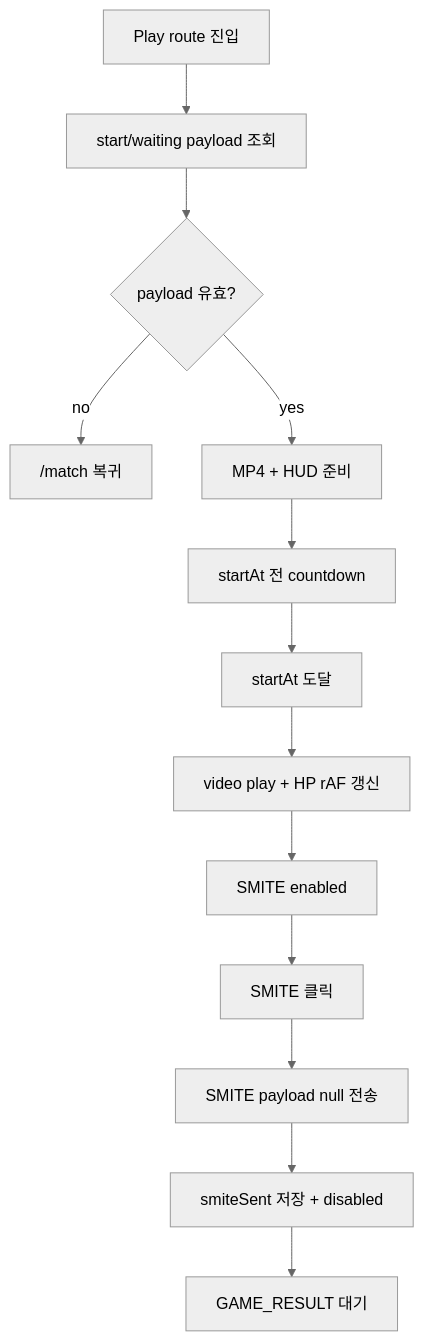
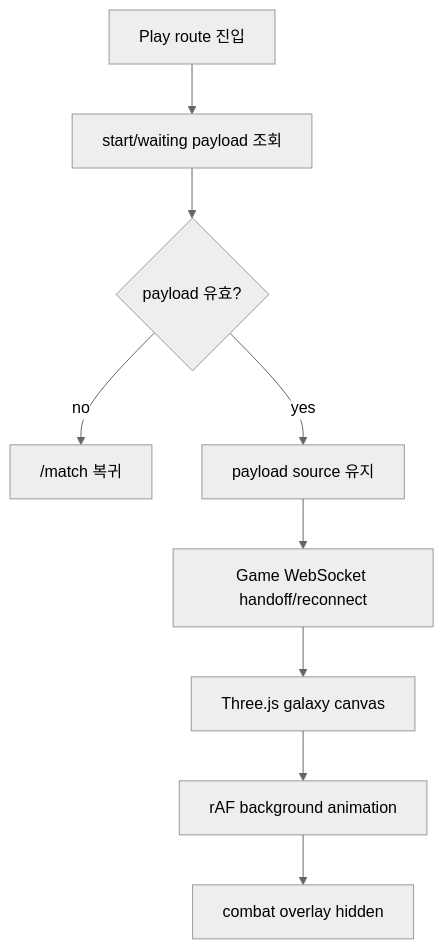
The second of 2 diagrams in docs/antigravity/frontend/issue-90-game-play-screen.md (moonwhistle/League-of-Star), drawn with Mermaid (neutral theme) before and after one commit. The commit also changed other lines of this file and 49 other files, not shown here.

````diff
--- a/docs/antigravity/frontend/issue-90-game-play-screen.md
+++ b/docs/antigravity/frontend/issue-90-game-play-screen.md
@@ -354,15 +244,11 @@
 ```mermaid
 flowchart TD
     A["Play route 진입"] --> B["start/waiting payload 조회"]
     B --> C{"payload 유효?"}
     C -->|no| D["/match 복귀"]
-    C -->|yes| E["MP4 + HUD 준비"]
-    E --> F["startAt 전 countdown"]
-    F --> G["startAt 도달"]
-    G --> H["video play + HP rAF 갱신"]
-    H --> I["SMITE enabled"]
-    I --> J["SMITE 클릭"]
-    J --> K["SMITE payload null 전송"]
-    K --> L["smiteSent 저장 + disabled"]
-    L --> M["GAME_RESULT 대기"]
+    C -->|yes| E["payload source 유지"]
+    E --> F["Game WebSocket handoff/reconnect"]
+    F --> G["Three.js galaxy canvas"]
+    G --> H["rAF background animation"]
+    H --> I["combat overlay hidden"]
 ```
````
